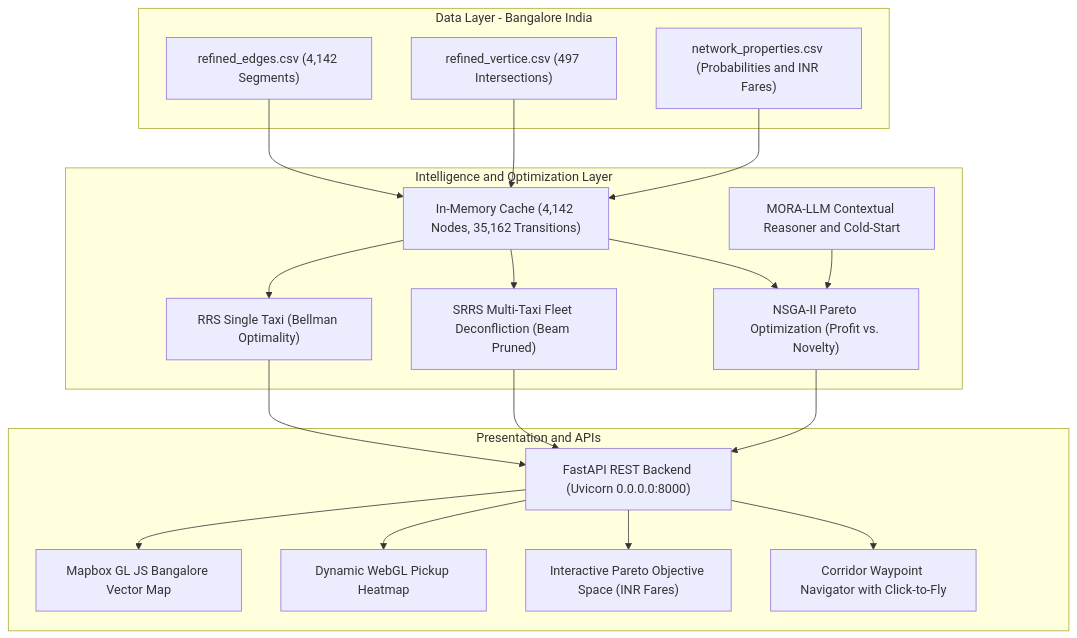
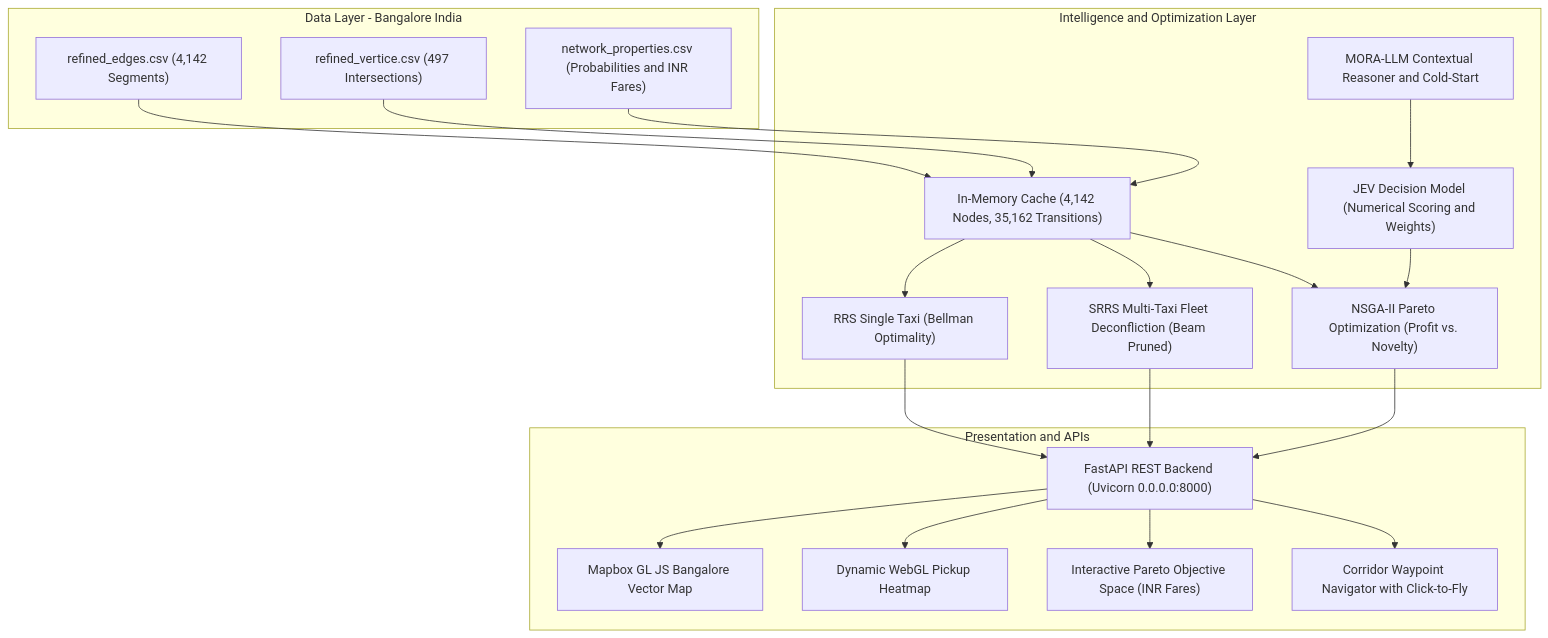
Before and after one commit to Abhishek-DS-ML-Gupta/TaxiRecommendSystem: the diagram in README.md, drawn with Mermaid. The commit also changed other lines of this file, not shown here.

Commit message:
Document JEV decision model in README.md architecture

````diff
--- a/README.md
+++ b/README.md
@@ -69,30 +70,31 @@
 ```mermaid
 flowchart TD
     subgraph DataLayer["Data Layer - Bangalore India"]
         D1["refined_edges.csv (4,142 Segments)"]
         D2["refined_vertice.csv (497 Intersections)"]
         D3["network_properties.csv (Probabilities and INR Fares)"]
     end
 
     subgraph IntelLayer["Intelligence and Optimization Layer"]
         C1["In-Memory Cache (4,142 Nodes, 35,162 Transitions)"]
         M1["MORA-LLM Contextual Reasoner and Cold-Start"]
+        J1["JEV Decision Model (Numerical Scoring and Weights)"]
         A1["RRS Single Taxi (Bellman Optimality)"]
         A2["SRRS Multi-Taxi Fleet Deconfliction (Beam Pruned)"]
         A3["NSGA-II Pareto Optimization (Profit vs. Novelty)"]
     end
 
     subgraph PresentationLayer["Presentation and APIs"]
         B1["FastAPI REST Backend (Uvicorn 0.0.0.0:8000)"]
         F1["Mapbox GL JS Bangalore Vector Map"]
         F2["Dynamic WebGL Pickup Heatmap"]
         F3["Interactive Pareto Objective Space (INR Fares)"]
         F4["Corridor Waypoint Navigator with Click-to-Fly"]
     end
 
     D1 & D2 & D3 --> C1
     C1 --> A1 & A2 & A3
-    M1 --> A3
+    M1 --> J1 --> A3
     A1 & A2 & A3 --> B1
     B1 --> F1 & F2 & F3 & F4
 ```
````
